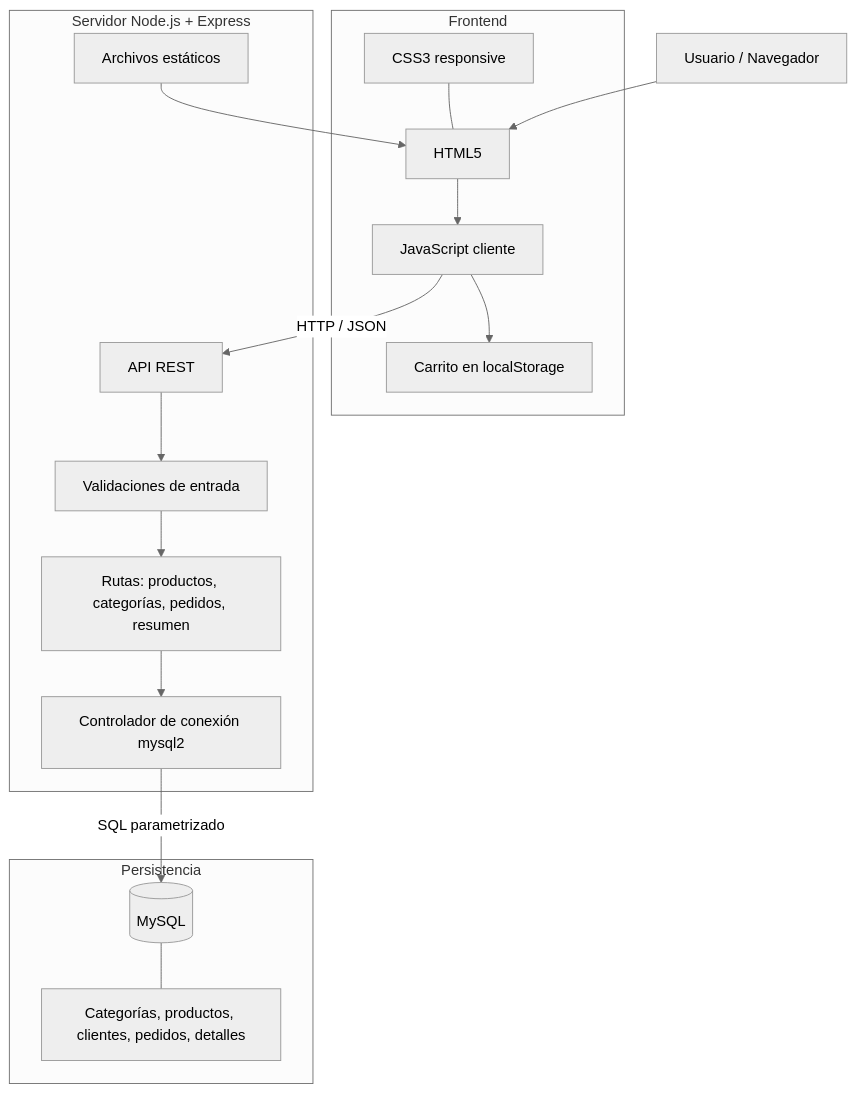
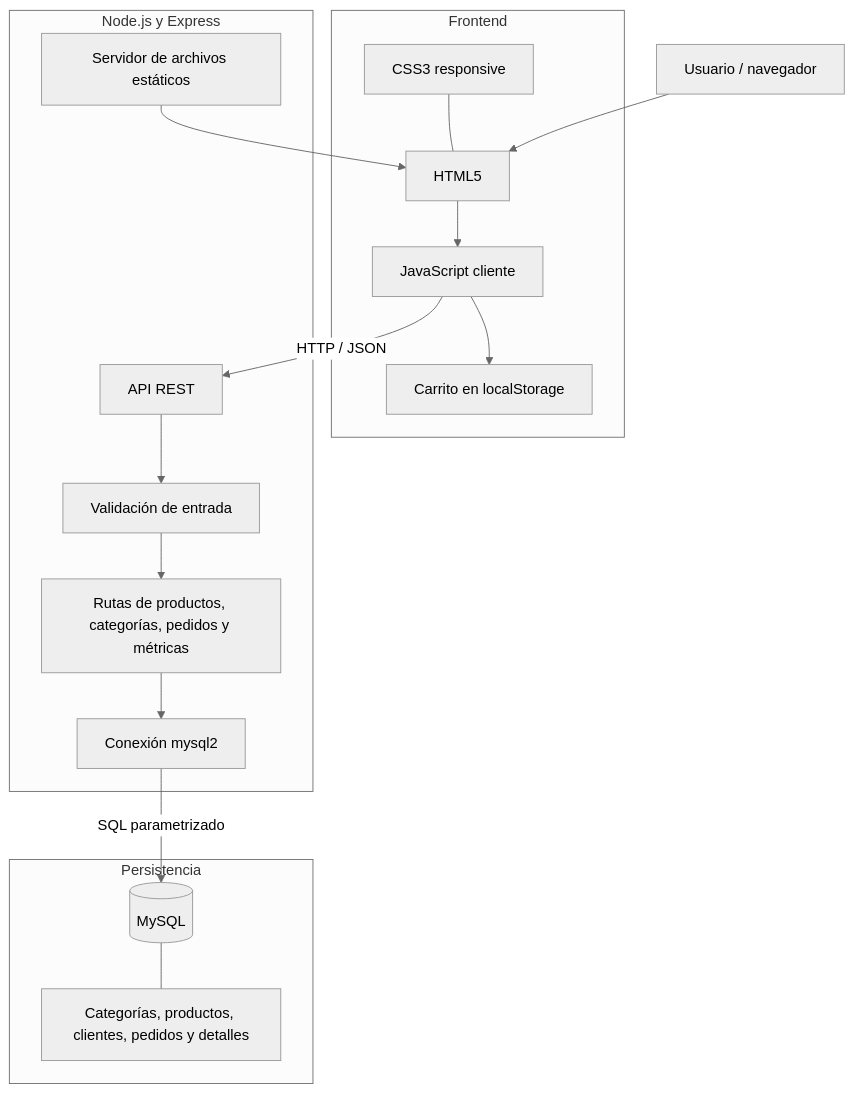
The diagram in docs/ARQUITECTURA.md (afelipe096/proyecto_ingWeb), drawn with Mermaid (neutral theme) before and after one commit. The commit also changed other lines of this file, not shown here.

````diff
--- a/docs/ARQUITECTURA.md
+++ b/docs/ARQUITECTURA.md
@@ -9,30 +9,30 @@
 ```mermaid
 flowchart TD
-    U[Usuario / Navegador]
+    U[Usuario / navegador]
     subgraph Frontend
       HTML[HTML5]
       CSS[CSS3 responsive]
       JS[JavaScript cliente]
       CART[Carrito en localStorage]
       HTML --> JS
       CSS --- HTML
       JS --> CART
     end
-    subgraph Backend[Servidor Node.js + Express]
-      STATIC[Archivos estáticos]
+    subgraph Backend[Node.js y Express]
+      STATIC[Servidor de archivos estáticos]
       API[API REST]
-      VALID[Validaciones de entrada]
-      ROUTES[Rutas: productos, categorías, pedidos, resumen]
-      DBMOD[Controlador de conexión mysql2]
+      VALID[Validación de entrada]
+      ROUTES[Rutas de productos, categorías, pedidos y métricas]
+      DBMOD[Conexión mysql2]
       API --> VALID --> ROUTES --> DBMOD
     end
     subgraph Persistencia
       MYSQL[(MySQL)]
-      TABLES[Categorías, productos, clientes, pedidos, detalles]
+      TABLES[Categorías, productos, clientes, pedidos y detalles]
       MYSQL --- TABLES
     end
     U --> HTML
     JS -- HTTP / JSON --> API
     STATIC --> HTML
     DBMOD -- SQL parametrizado --> MYSQL
 ```
````
